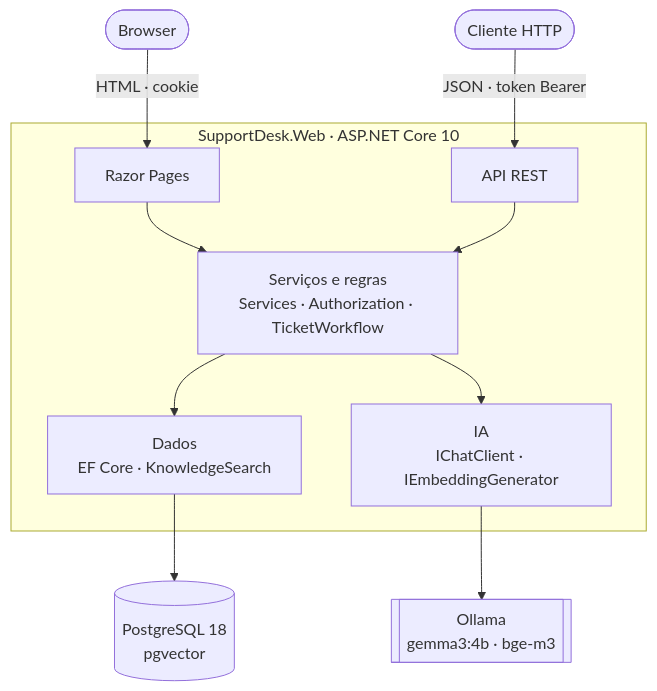
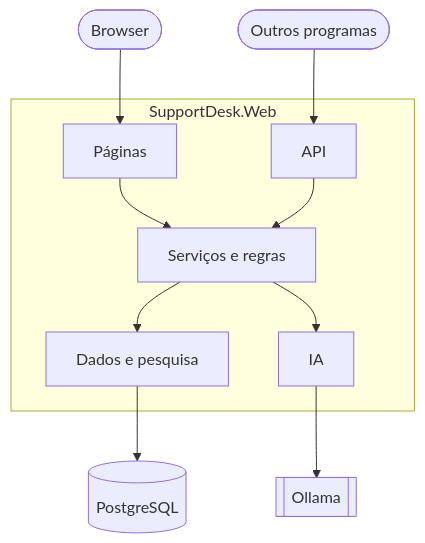
Before and after one commit to pmrmoreira/SupportDesk: the diagram in README.md, drawn with Mermaid. The commit also changed other lines of this file, not shown here.

````diff
--- a/README.md
+++ b/README.md
@@ -43,25 +35,25 @@
 ```mermaid
 flowchart TB
     Browser(["Browser"])
-    Client(["Cliente HTTP"])
+    Client(["Outros programas"])
 
-    subgraph App["SupportDesk.Web · ASP.NET Core 10"]
-        Pages["Razor Pages"]
-        Api["API REST"]
-        Services["Serviços e regras<br/>Services · Authorization · TicketWorkflow"]
-        Data["Dados<br/>EF Core · KnowledgeSearch"]
-        Ai["IA<br/>IChatClient · IEmbeddingGenerator"]
+    subgraph App["SupportDesk.Web"]
+        Pages["Páginas"]
+        Api["API"]
+        Services["Serviços e regras"]
+        Data["Dados e pesquisa"]
+        Ai["IA"]
     end
 
-    Db[("PostgreSQL 18<br/>pgvector")]
-    Ollama[["Ollama<br/>gemma3:4b · bge-m3"]]
+    Db[("PostgreSQL")]
+    Ollama[["Ollama"]]
 
-    Browser -- "HTML · cookie" --> Pages
-    Client -- "JSON · token Bearer" --> Api
+    Browser --> Pages
+    Client --> Api
     Pages --> Services
     Api --> Services
     Services --> Data
     Services --> Ai
     Data --> Db
     Ai --> Ollama
 ```
````
